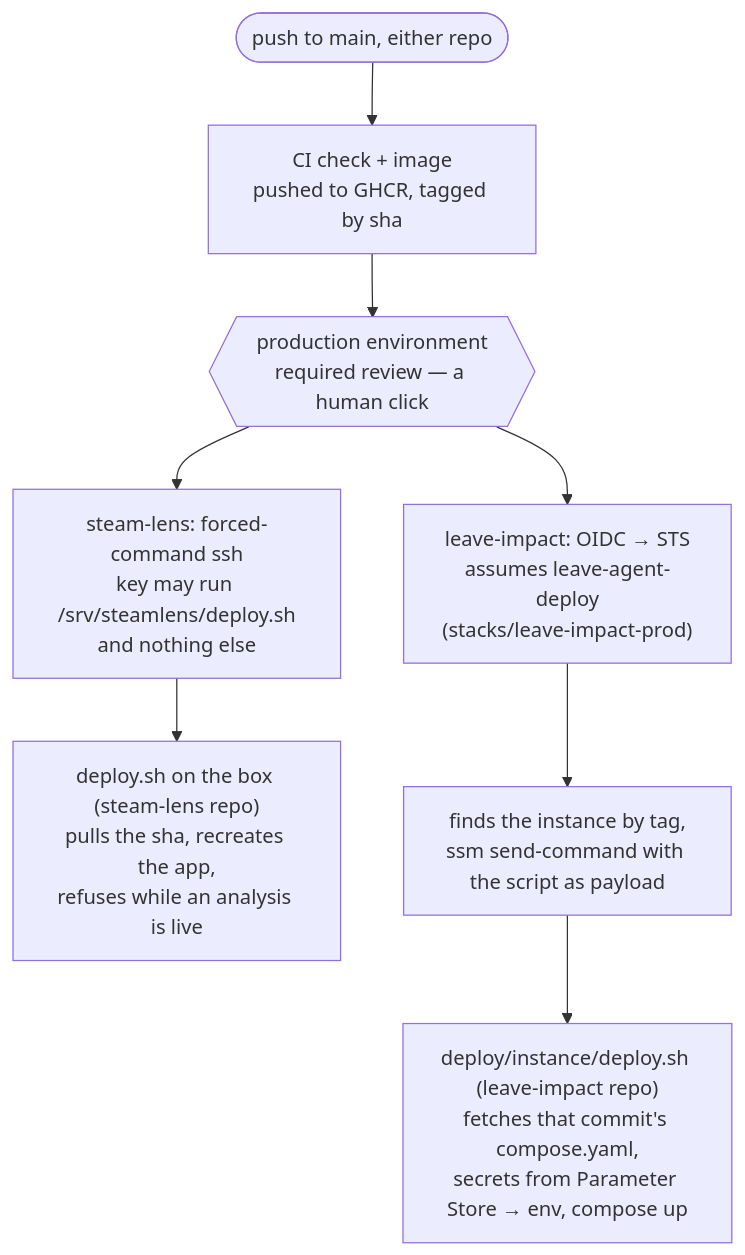
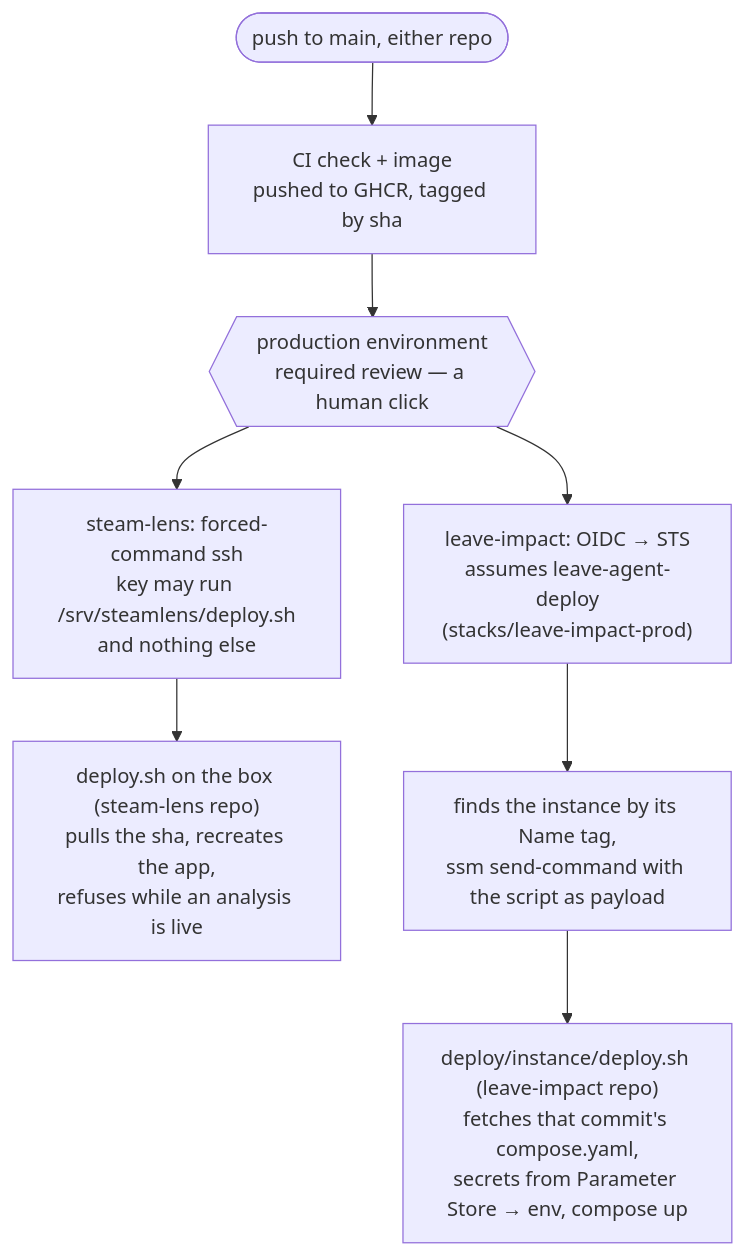
One commit to arda-basarici/platform changed the second of 3 diagrams in ARCHITECTURE.md. Above: the diagram before and after it, drawn with Mermaid. The commit also changed other lines of this file and 10 other files, not shown here.

````diff
--- a/ARCHITECTURE.md
+++ b/ARCHITECTURE.md
@@ -78,22 +88,22 @@
 ```mermaid
 %%{init: {"flowchart": {"diagramPadding": 150}}}%%
 flowchart TD
     PUSH([push to main, either repo]) --> CI["`CI check + image
     pushed to GHCR, tagged by sha`"]
     CI --> GATE{{"`production environment
     required review — a human click`"}}
     GATE --> SSH["`steam-lens: forced-command ssh
     key may run /srv/steamlens/deploy.sh
     and nothing else`"]
     GATE --> OIDC["`leave-impact: OIDC → STS
     assumes leave-agent-deploy
     (stacks/leave-impact-prod)`"]
     SSH --> DS1["`deploy.sh on the box (steam-lens repo)
     pulls the sha, recreates the app,
     refuses while an analysis is live`"]
-    OIDC --> SSM["`finds the instance by tag,
+    OIDC --> SSM["`finds the instance by its Name tag,
     ssm send-command with the script as payload`"]
     SSM --> DS2["`deploy/instance/deploy.sh (leave-impact repo)
     fetches that commit's compose.yaml,
     secrets from Parameter Store → env, compose up`"]
 ```
````
